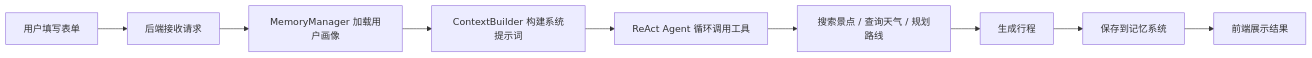
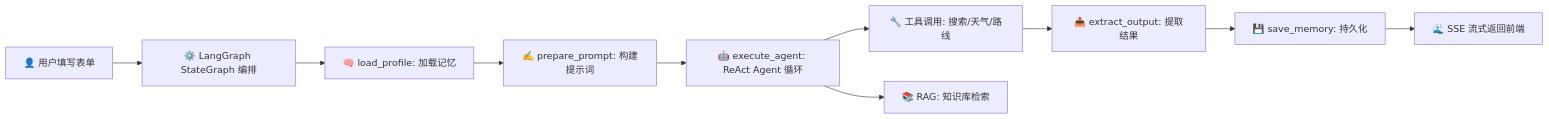
Before and after one commit to qiongzhu0524/TripPlaner: the first of 7 diagrams in README.md, drawn with Mermaid. The commit also changed other lines of this file and 38 other files, not shown here.

````diff
--- a/README.md
+++ b/README.md
@@ -45,11 +71,12 @@
 ```mermaid
 graph LR
-    A[用户填写表单] --> B[后端接收请求]
-    B --> C[MemoryManager 加载用户画像]
-    C --> D[ContextBuilder 构建系统提示词]
-    D --> E[ReAct Agent 循环调用工具]
-    E --> F[搜索景点 / 查询天气 / 规划路线]
-    F --> G[生成行程]
-    G --> H[保存到记忆系统]
-    H --> I[前端展示结果]
+    A[👤 用户填写表单] --> B[⚙️ LangGraph StateGraph 编排]
+    B --> C[🧠 load_profile: 加载记忆]
+    C --> D[✍️ prepare_prompt: 构建提示词]
+    D --> E[🤖 execute_agent: ReAct Agent 循环]
+    E --> F[🔧 工具调用: 搜索/天气/路线]
+    E --> G[📚 RAG: 知识库检索]
+    F --> H[📤 extract_output: 提取结果]
+    H --> I[💾 save_memory: 持久化]
+    I --> J[🌊 SSE 流式返回前端]
 ```
````
